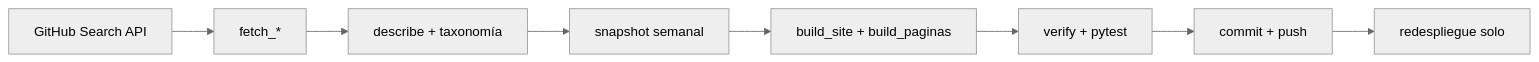
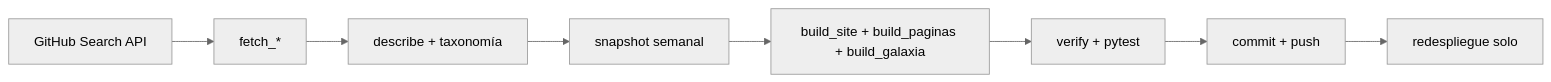
The diagram in README.md (Marusan94/pulso-github), drawn with Mermaid (neutral theme) before and after one commit. The commit also changed other lines of this file, not shown here.

Commit message:
docs(readme): galaxia 3D, descripciones en espanol y pipeline actualizado

````diff
--- a/README.md
+++ b/README.md
@@ -38,10 +40,10 @@
 ```mermaid
 flowchart LR
     API[GitHub Search API] --> FETCH[fetch_*]
     FETCH --> DESC[describe + taxonomía]
     DESC --> SNAP[snapshot semanal]
-    SNAP --> BUILD[build_site + build_paginas]
+    SNAP --> BUILD[build_site + build_paginas + build_galaxia]
     BUILD --> CHECK[verify + pytest]
     CHECK --> PUSH[commit + push]
     PUSH --> DEPLOY[redespliegue solo]
 ```
````
